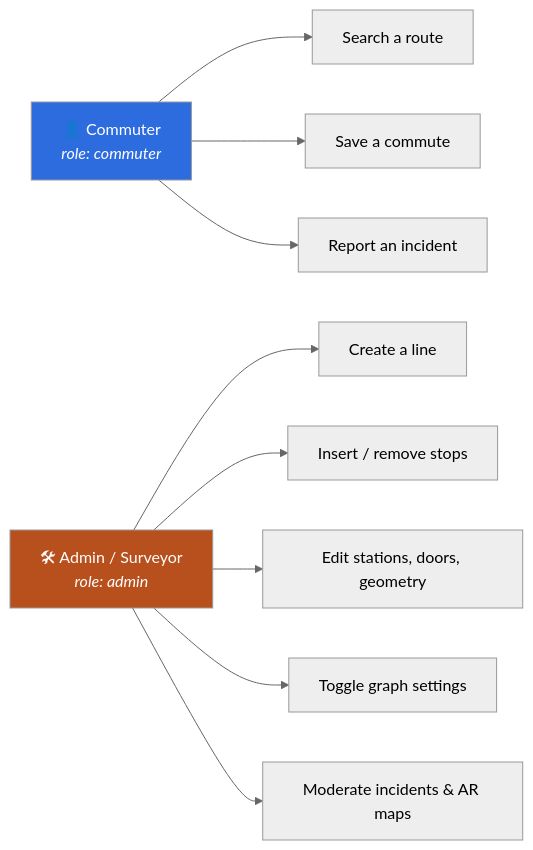
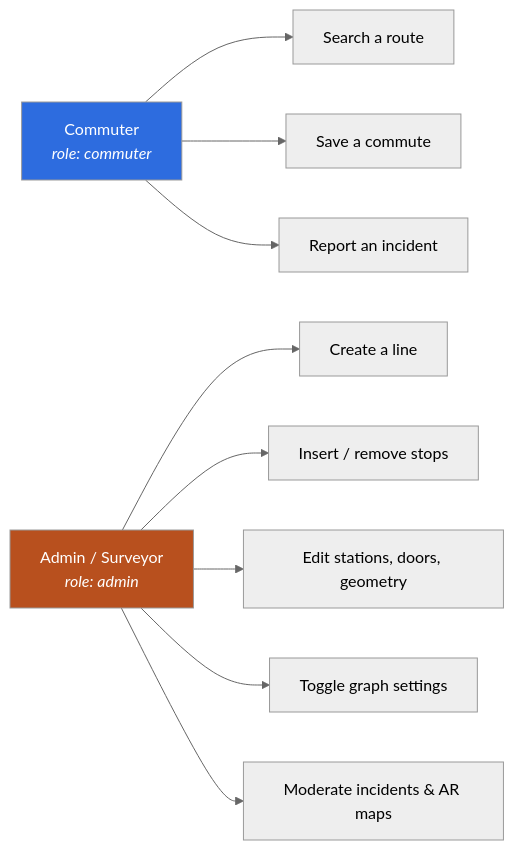
Before and after one commit to oscrallnium/Commute-Backend: the second of 2 diagrams in docs/overview.md, drawn with Mermaid (neutral theme). The commit also changed other lines of this file and 11 other files, not shown here.

````diff
--- a/docs/overview.md
+++ b/docs/overview.md
@@ -60,18 +60,18 @@
 ```mermaid
 graph LR
-    C["👤 Commuter<br/><i>role: commuter</i>"]
-    A["🛠 Admin / Surveyor<br/><i>role: admin</i>"]
+    C["Commuter<br/><i>role: commuter</i>"]
+    A["Admin / Surveyor<br/><i>role: admin</i>"]
 
     C --> C1[Search a route]
     C --> C2[Save a commute]
     C --> C3[Report an incident]
 
     A --> A1[Create a line]
     A --> A2[Insert / remove stops]
     A --> A3[Edit stations, doors, geometry]
     A --> A4[Toggle graph settings]
     A --> A5[Moderate incidents & AR maps]
 
     style C fill:#2d6cdf,color:#fff
     style A fill:#b8501e,color:#fff
 ```
````
